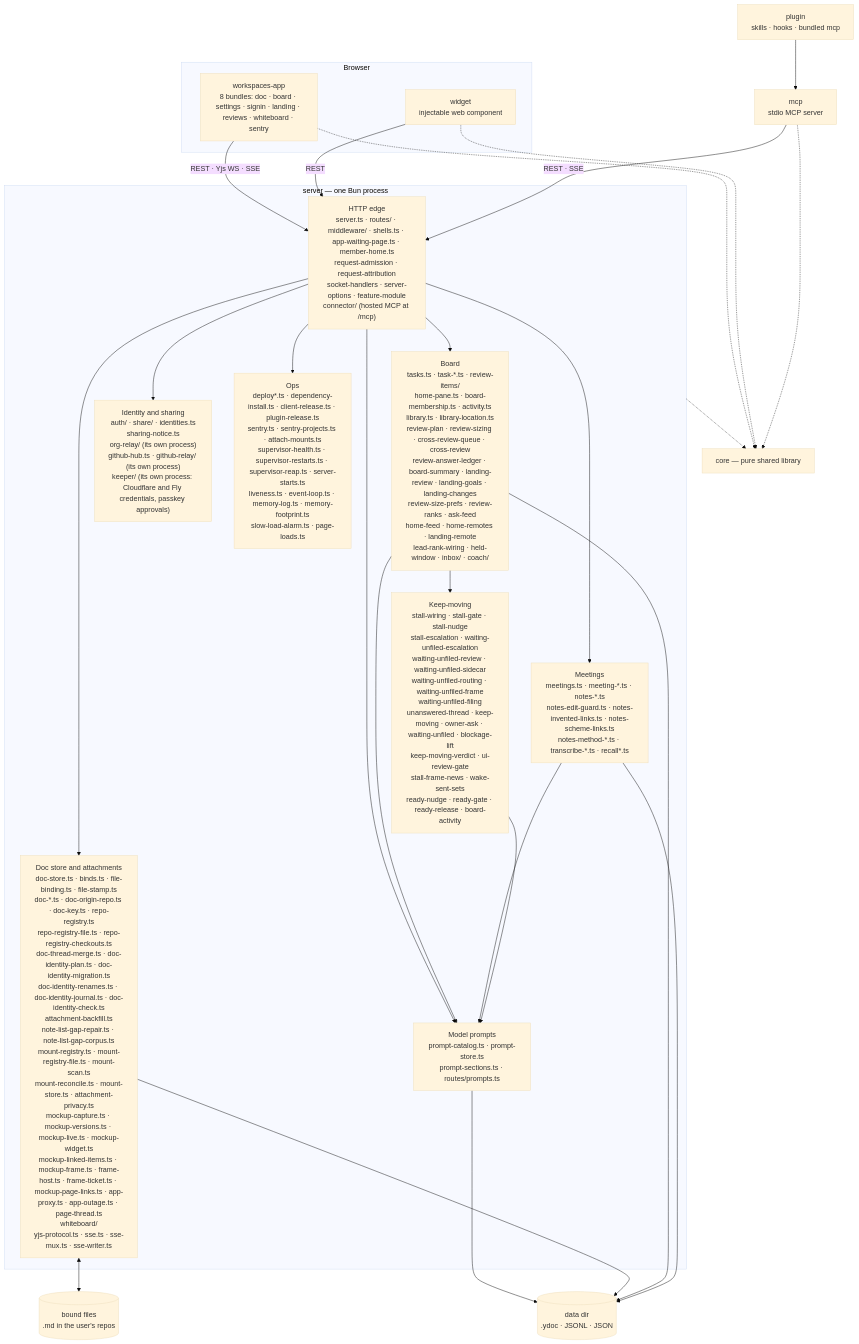
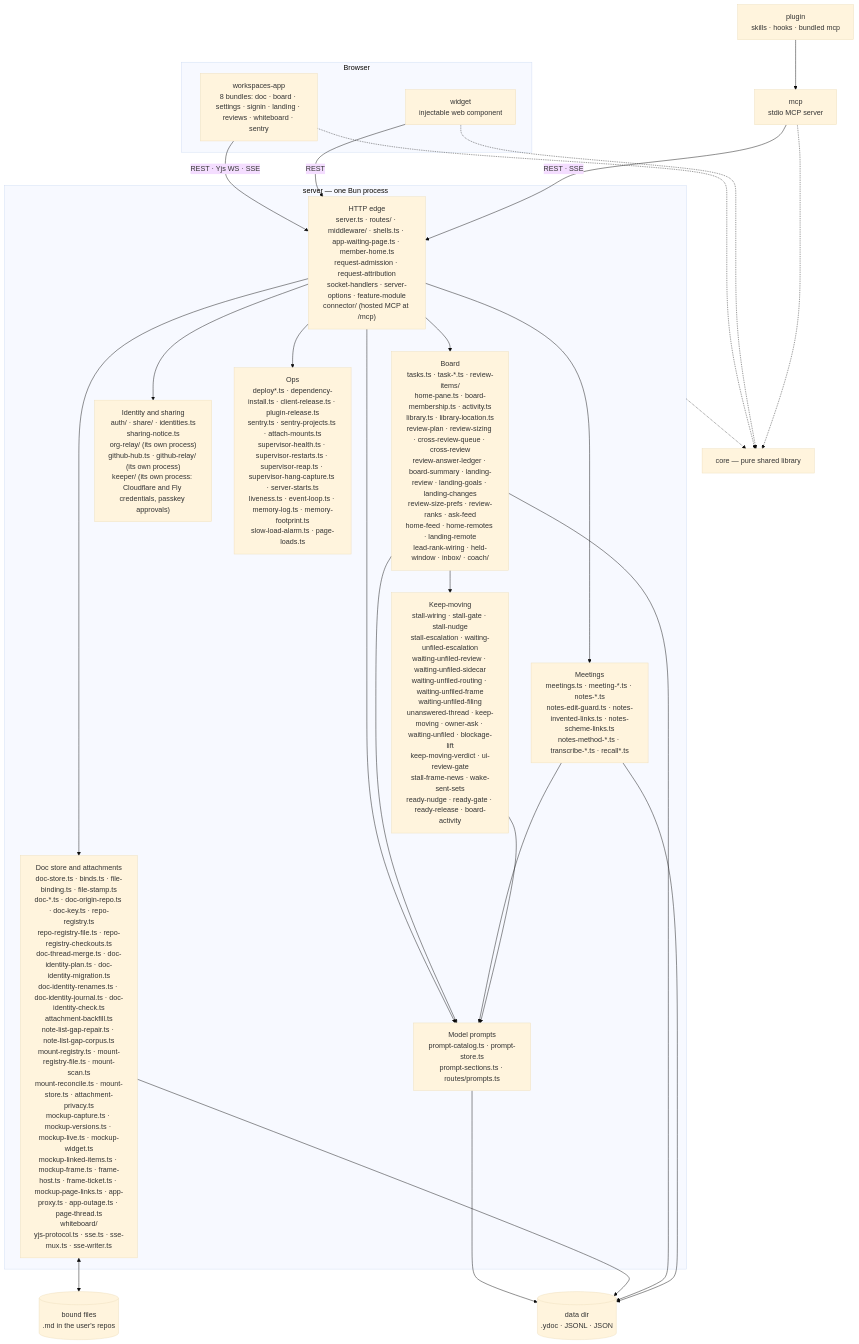
One commit to fryanpan/claude-workspaces-plugin changed the first of 2 diagrams in docs/architecture/overview.md. Above: the diagram before and after it, drawn with Mermaid (base theme). The commit also changed other lines of this file and 5 other files, not shown here.

First line of the commit message:
Before a hang restart the supervisor records a stack sample and the machine's memory state

````diff
--- a/docs/architecture/overview.md
+++ b/docs/architecture/overview.md
@@ -45,35 +45,35 @@
 ```mermaid
 flowchart TB
   subgraph browser[Browser]
     app["workspaces-app<br/>8 bundles: doc · board · settings · signin · landing · reviews · whiteboard · sentry"]
     wid["widget<br/>injectable web component"]
   end
   plug["plugin<br/>skills · hooks · bundled mcp"]
   mcp["mcp<br/>stdio MCP server"]
   subgraph srv["server — one Bun process"]
     edge["HTTP edge<br/>server.ts · routes/ · middleware/ · shells.ts · app-waiting-page.ts · member-home.ts<br/>request-admission · request-attribution<br/>socket-handlers · server-options · feature-module<br/>connector/ (hosted MCP at /mcp)"]
     docs["Doc store and attachments<br/>doc-store.ts · binds.ts · file-binding.ts · file-stamp.ts<br/>doc-*.ts · doc-origin-repo.ts · doc-key.ts · repo-registry.ts<br/>repo-registry-file.ts · repo-registry-checkouts.ts<br/>doc-thread-merge.ts · doc-identity-plan.ts · doc-identity-migration.ts<br/>doc-identity-renames.ts · doc-identity-journal.ts · doc-identity-check.ts<br/>attachment-backfill.ts<br/>note-list-gap-repair.ts · note-list-gap-corpus.ts<br/>mount-registry.ts · mount-registry-file.ts · mount-scan.ts<br/>mount-reconcile.ts · mount-store.ts · attachment-privacy.ts<br/>mockup-capture.ts · mockup-versions.ts · mockup-live.ts · mockup-widget.ts<br/>mockup-linked-items.ts · mockup-frame.ts · frame-host.ts · frame-ticket.ts · mockup-page-links.ts · app-proxy.ts · app-outage.ts · page-thread.ts<br/>whiteboard/<br/>yjs-protocol.ts · sse.ts · sse-mux.ts · sse-writer.ts"]
     board["Board<br/>tasks.ts · task-*.ts · review-items/<br/>home-pane.ts · board-membership.ts · activity.ts<br/>library.ts · library-location.ts<br/>review-plan · review-sizing · cross-review-queue · cross-review<br/>review-answer-ledger · board-summary · landing-review · landing-goals · landing-changes<br/>review-size-prefs · review-ranks · ask-feed<br/>home-feed · home-remotes · landing-remote<br/>lead-rank-wiring · held-window · inbox/ · coach/"]
     meet["Meetings<br/>meetings.ts · meeting-*.ts · notes-*.ts<br/>notes-edit-guard.ts · notes-invented-links.ts · notes-scheme-links.ts<br/>notes-method-*.ts · transcribe-*.ts · recall*.ts"]
     keep["Keep-moving<br/>stall-wiring · stall-gate · stall-nudge<br/>stall-escalation · waiting-unfiled-escalation<br/>waiting-unfiled-review · waiting-unfiled-sidecar<br/>waiting-unfiled-routing · waiting-unfiled-frame<br/>waiting-unfiled-filing<br/>unanswered-thread · keep-moving · owner-ask · waiting-unfiled · blockage-lift<br/>keep-moving-verdict · ui-review-gate<br/>stall-frame-news · wake-sent-sets<br/>ready-nudge · ready-gate · ready-release · board-activity"]
     ident["Identity and sharing<br/>auth/ · share/ · identities.ts<br/>sharing-notice.ts<br/>org-relay/ (its own process)<br/>github-hub.ts · github-relay/ (its own process)<br/>keeper/ (its own process: Cloudflare and Fly credentials, passkey approvals)"]
     prompts["Model prompts<br/>prompt-catalog.ts · prompt-store.ts<br/>prompt-sections.ts · routes/prompts.ts"]
-    ops["Ops<br/>deploy*.ts · dependency-install.ts · client-release.ts · plugin-release.ts<br/>sentry.ts · sentry-projects.ts · attach-mounts.ts<br/>supervisor-health.ts · supervisor-restarts.ts · supervisor-reap.ts · server-starts.ts<br/>liveness.ts · event-loop.ts · memory-log.ts · memory-footprint.ts<br/>slow-load-alarm.ts · page-loads.ts"]
+    ops["Ops<br/>deploy*.ts · dependency-install.ts · client-release.ts · plugin-release.ts<br/>sentry.ts · sentry-projects.ts · attach-mounts.ts<br/>supervisor-health.ts · supervisor-restarts.ts · supervisor-reap.ts · supervisor-hang-capture.ts · server-starts.ts<br/>liveness.ts · event-loop.ts · memory-log.ts · memory-footprint.ts<br/>slow-load-alarm.ts · page-loads.ts"]
   end
   core["core — pure shared library"]
   disk[("data dir<br/>.ydoc · JSONL · JSON")]
   files[("bound files<br/>.md in the user's repos")]
 
   app -->|"REST · Yjs WS · SSE"| edge
   wid -->|REST| edge
   plug --> mcp
   mcp -->|"REST · SSE"| edge
   edge --> docs & board & meet & ident & ops & prompts
   board & meet & keep --> prompts
   prompts --> disk
   board --> keep
   docs <--> files
   docs & board & meet --> disk
   app & wid & mcp -.-> core
   srv -.-> core
 ```
````
